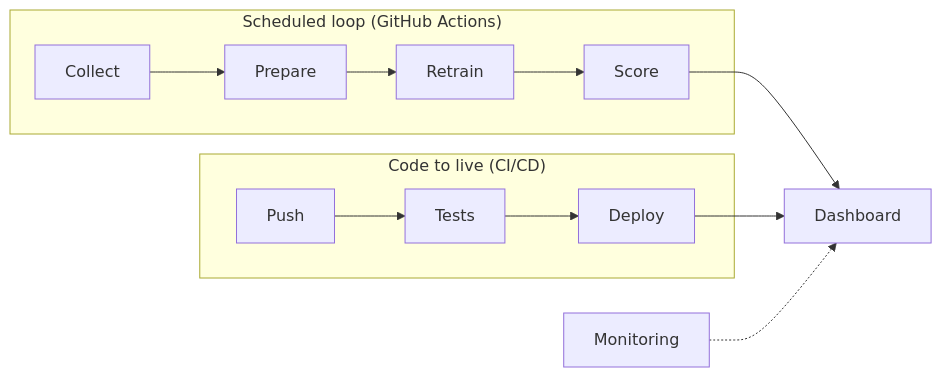
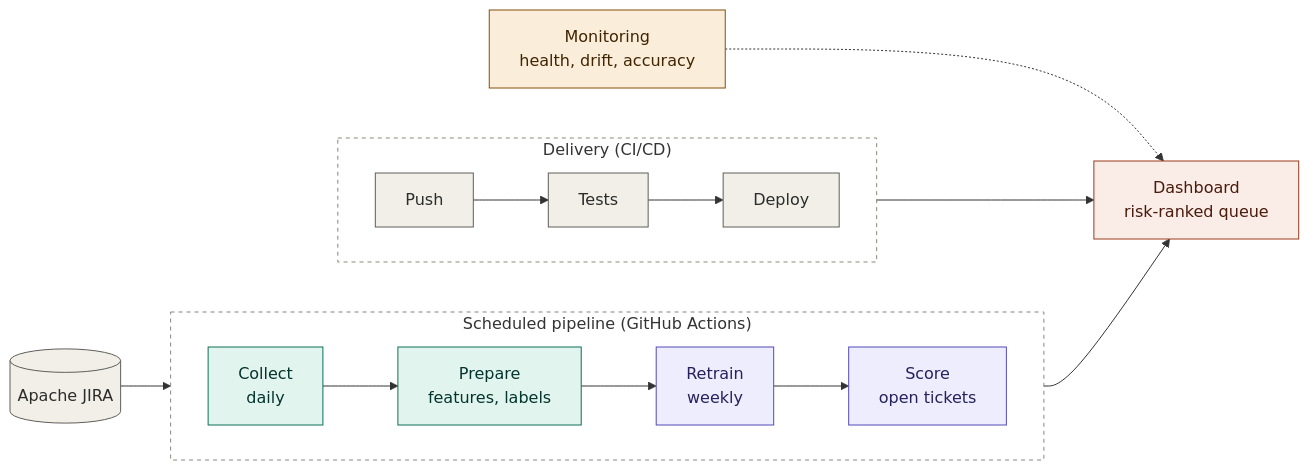
One commit to wilsonz347/ticket-triage changed the diagram in README.md. Above: the diagram before and after it, drawn with Mermaid. The commit also changed other lines of this file, not shown here.

Commit message:
Add data section and improve README diagram

````diff
--- a/README.md
+++ b/README.md
@@ -13,12 +23,27 @@
 ```mermaid
 flowchart LR
-  subgraph loop["Scheduled loop (GitHub Actions)"]
-    A[Collect] --> B[Prepare] --> C[Retrain] --> D[Score]
+  JIRA[("Apache JIRA")]:::source --> A
+
+  subgraph loop["Scheduled pipeline (GitHub Actions)"]
+    direction LR
+    A["Collect<br/>daily"]:::data --> B["Prepare<br/>features, labels"]:::data --> C["Retrain<br/>weekly"]:::model --> D["Score<br/>open tickets"]:::model
   end
-  subgraph cicd["Code to live (CI/CD)"]
-    E[Push] --> F[Tests] --> G[Deploy]
+
+  subgraph cicd["Delivery (CI/CD)"]
+    direction LR
+    E["Push"]:::eng --> F["Tests"]:::eng --> G["Deploy"]:::eng
   end
-  D --> H[Dashboard]
+
+  D --> H["Dashboard<br/>risk-ranked queue"]:::user
   G --> H
-  M[Monitoring] -.-> H
+  M["Monitoring<br/>health, drift, accuracy"]:::watch -.-> H
+
+  classDef source fill:#f1efe8,stroke:#5f5e5a,color:#2c2c2a
+  classDef data fill:#e1f5ee,stroke:#0f6e56,color:#04342c
+  classDef model fill:#eeedfe,stroke:#534ab7,color:#26215c
+  classDef eng fill:#f1efe8,stroke:#5f5e5a,color:#2c2c2a
+  classDef user fill:#faece7,stroke:#993c1d,color:#4a1b0c
+  classDef watch fill:#faeeda,stroke:#854f0b,color:#412402
+  style loop fill:none,stroke:#888780,stroke-dasharray:4 4
+  style cicd fill:none,stroke:#888780,stroke-dasharray:4 4
 ```
````
